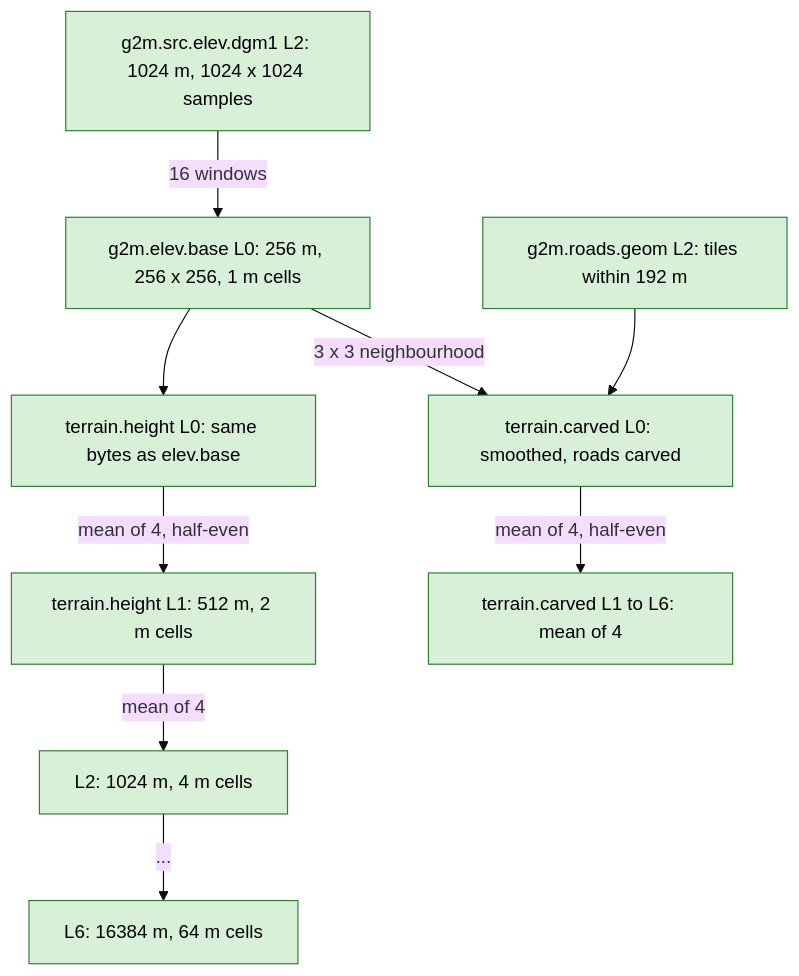
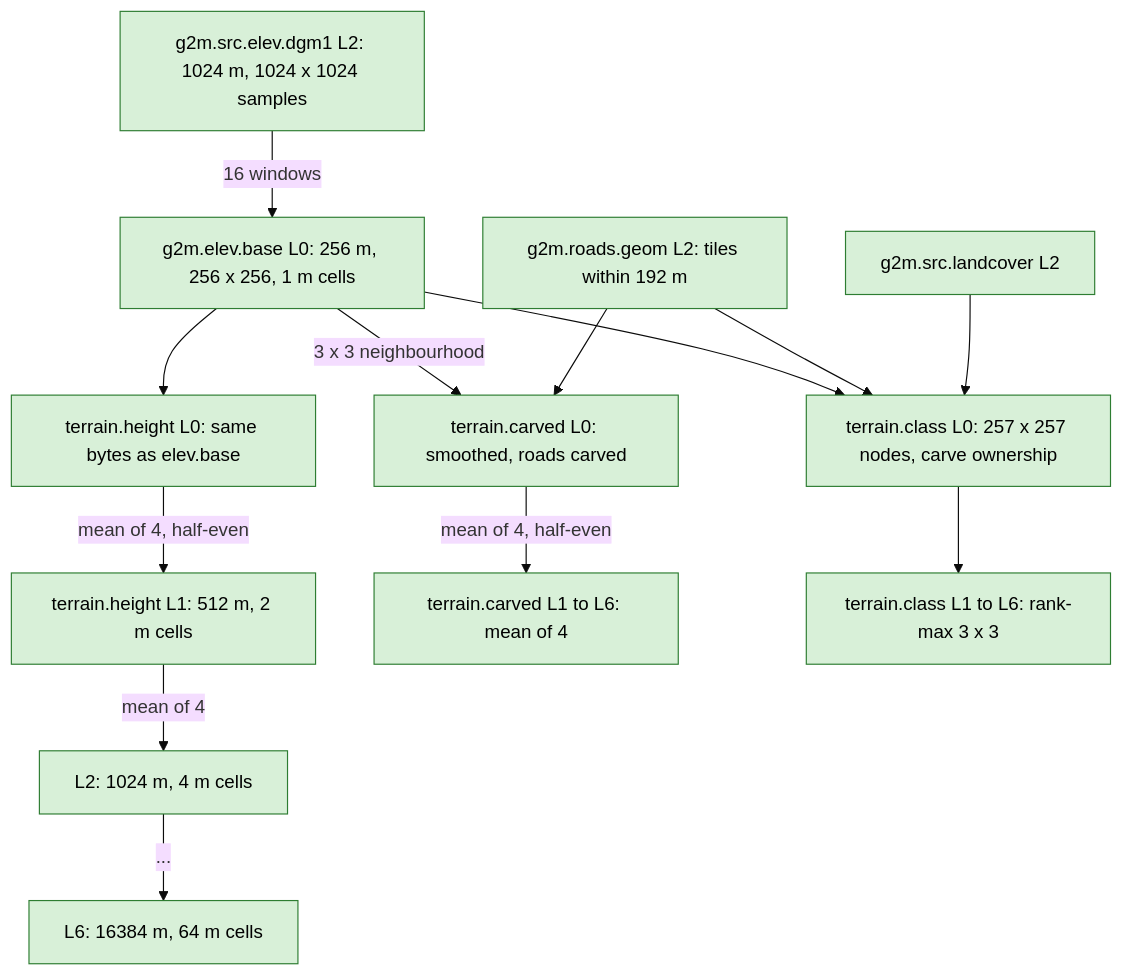
The diagram in docs/pipeline/terrain.md (SebastianDanielFrenz/geo2map_engine), drawn with Mermaid (base theme) before and after one commit. The commit also changed other lines of this file and 57 other files, not shown here.

First line of the commit message:
Terrain migration phase 6: served carve readiness (G-1, terrain.class, class mode, G-6)

````diff
--- a/docs/pipeline/terrain.md
+++ b/docs/pipeline/terrain.md
@@ -14,19 +14,26 @@
 ```mermaid
 flowchart TD
   SRC["g2m.src.elev.dgm1 L2: 1024 m, 1024 x 1024 samples"]
   EB["g2m.elev.base L0: 256 m, 256 x 256, 1 m cells"]
   L0["terrain.height L0: same bytes as elev.base"]
   L1["terrain.height L1: 512 m, 2 m cells"]
   L2["L2: 1024 m, 4 m cells"]
   L6["L6: 16384 m, 64 m cells"]
   RG["g2m.roads.geom L2: tiles within 192 m"]
   C0["terrain.carved L0: smoothed, roads carved"]
   C1["terrain.carved L1 to L6: mean of 4"]
   SRC -->|"16 windows"| EB --> L0
   L0 -->|"mean of 4, half-even"| L1 -->|"mean of 4"| L2 -->|"..."| L6
   EB -->|"3 x 3 neighbourhood"| C0
   RG --> C0
   C0 -->|"mean of 4, half-even"| C1
+  LC["g2m.src.landcover L2"]
+  K0["terrain.class L0: 257 x 257 nodes, carve ownership"]
+  K1["terrain.class L1 to L6: rank-max 3 x 3"]
+  EB --> K0
+  RG --> K0
+  LC --> K0
+  K0 --> K1
   classDef done fill:#d8f0d8,stroke:#2e7d32,color:#000;
-  class SRC,EB,L0,L1,L2,L6,RG,C0,C1 done;
+  class SRC,EB,L0,L1,L2,L6,RG,C0,C1,LC,K0,K1 done;
 ```
````
